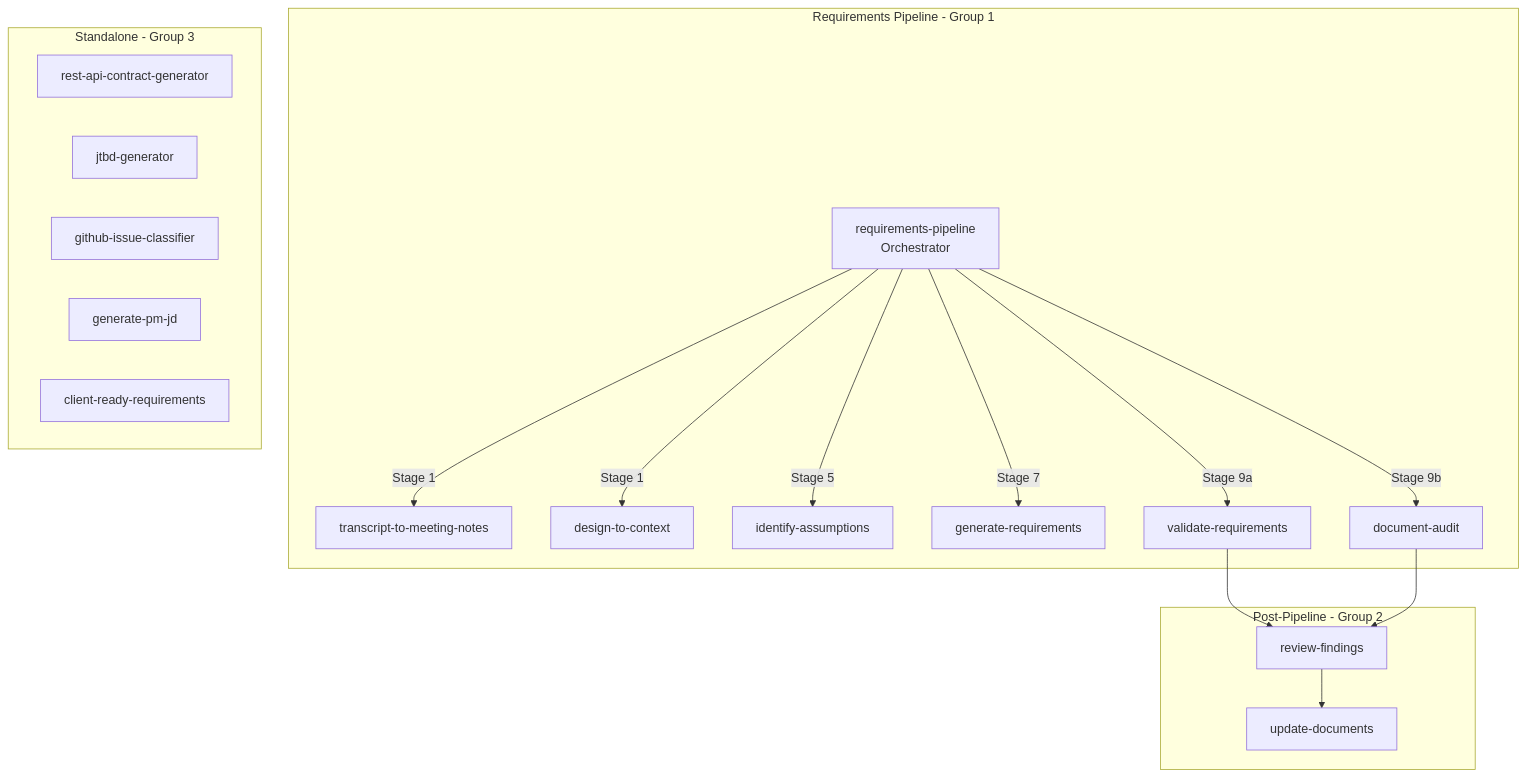
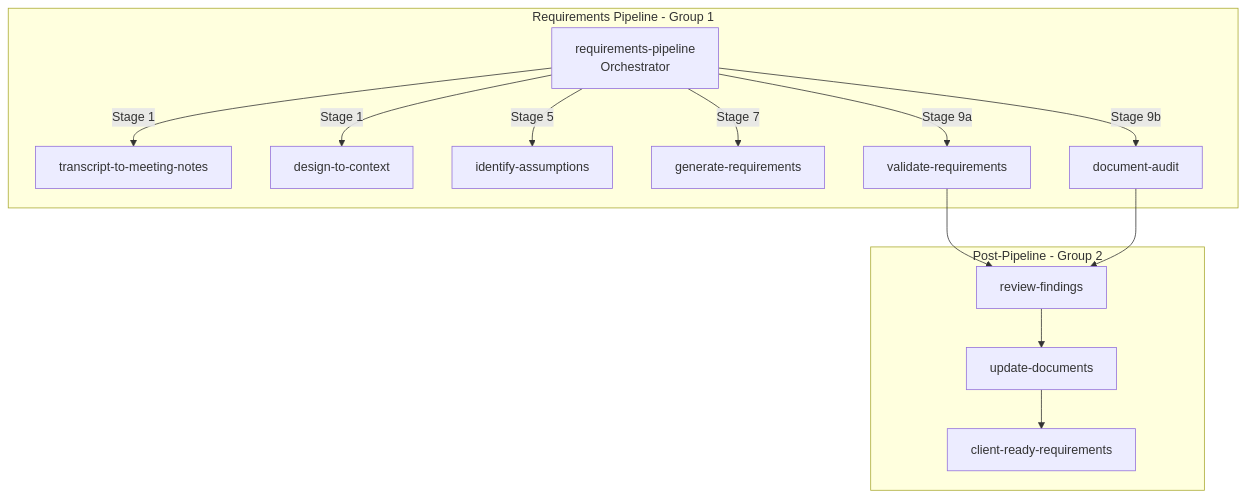
Before and after one commit to rushikeshpol02/ai-skills: the fourth of 4 diagrams in docs/workflow-guide.md, drawn with Mermaid. The commit also changed other lines of this file and 18 other files, not shown here.

````diff
--- a/docs/workflow-guide.md
+++ b/docs/workflow-guide.md
@@ -174,36 +156,30 @@
 ```mermaid
 flowchart TD
     subgraph pipeline [Requirements Pipeline - Group 1]
         GDR[requirements-pipeline\nOrchestrator]
         TMN[transcript-to-meeting-notes]
         DTC[design-to-context]
         IA[identify-assumptions]
         GR[generate-requirements]
         VR[validate-requirements]
         DA[document-audit]
     end
 
     subgraph postpipeline [Post-Pipeline - Group 2]
         RF[review-findings]
         UD[update-documents]
-    end
-
-    subgraph standalone [Standalone - Group 3]
-        RAC[rest-api-contract-generator]
-        JTBD[jtbd-generator]
-        GIC[github-issue-classifier]
-        PMJ[generate-pm-jd]
         CRR[client-ready-requirements]
     end
 
     GDR -->|"Stage 1"| TMN
     GDR -->|"Stage 1"| DTC
     GDR -->|"Stage 5"| IA
     GDR -->|"Stage 7"| GR
     GDR -->|"Stage 9a"| VR
     GDR -->|"Stage 9b"| DA
 
     VR --> RF
     DA --> RF
     RF --> UD
+    UD --> CRR
 ```
````
